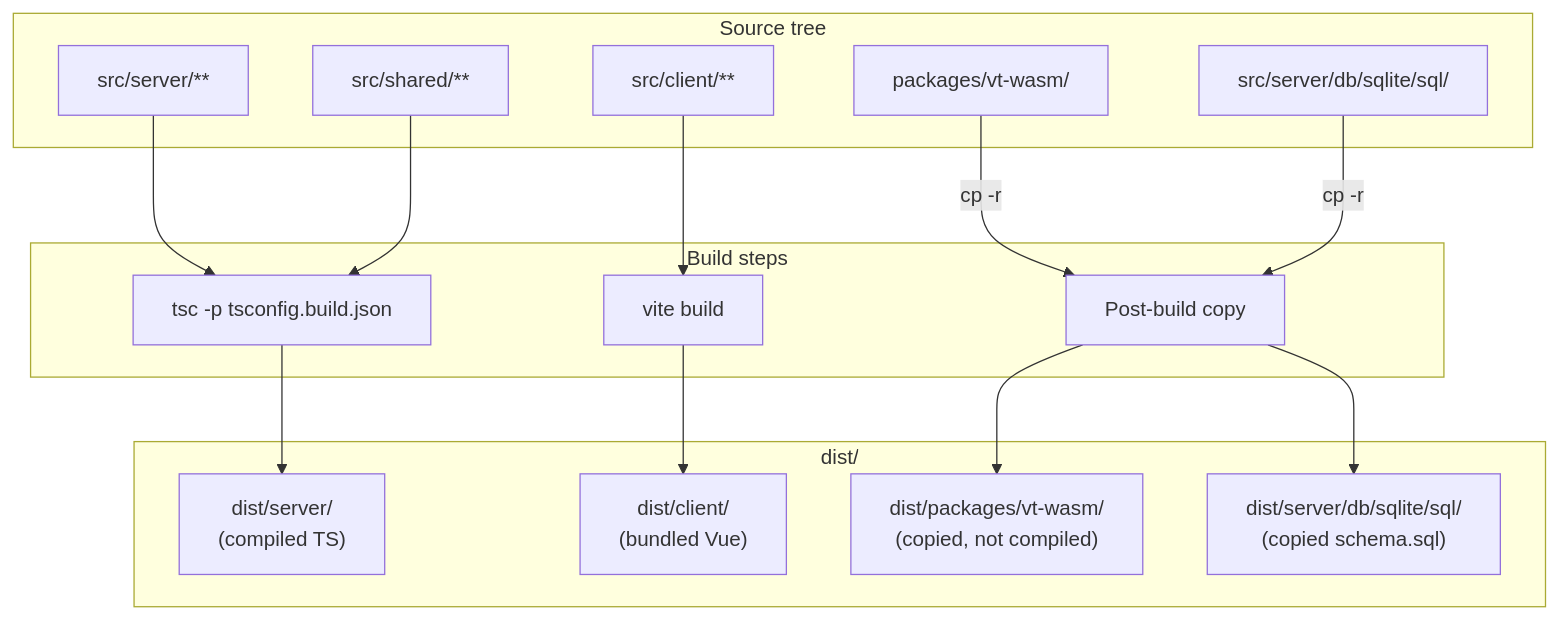
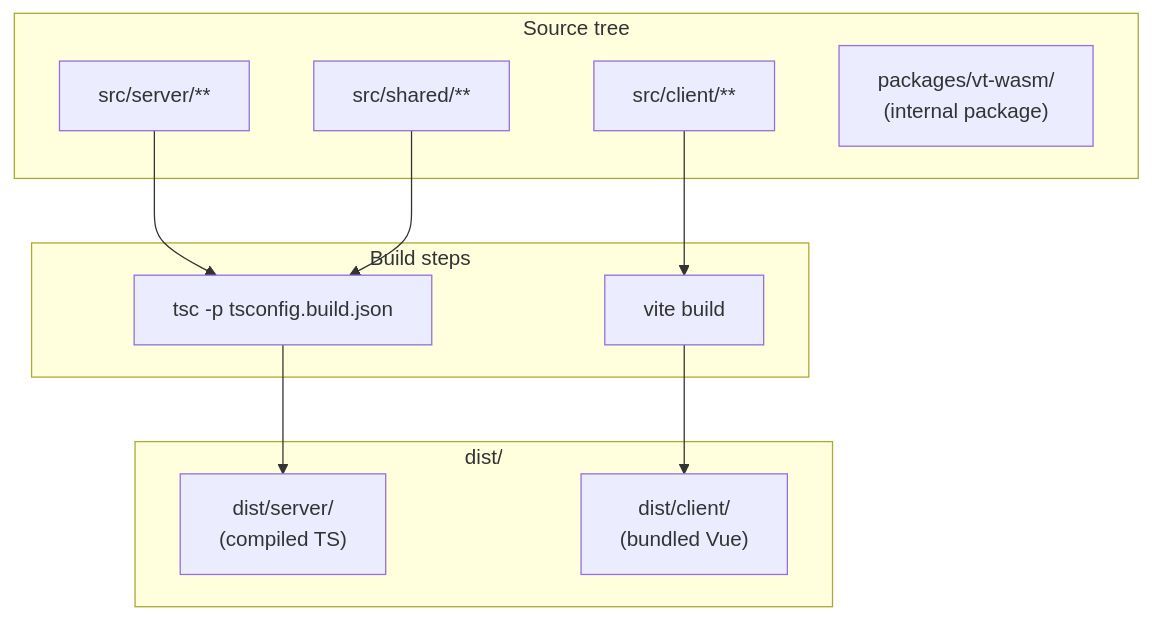
The fifth of 6 diagrams in .state/harden-foundation-a1a2/ADR.md (thiscantbeserious/erika), drawn with Mermaid before and after one commit. The commit also changed other lines of this file, not shown here.

````diff
--- a/.state/harden-foundation-a1a2/ADR.md
+++ b/.state/harden-foundation-a1a2/ADR.md
@@ -257,31 +300,25 @@
 ```mermaid
 flowchart TB
     subgraph Source["Source tree"]
         SrcServer["src/server/**"]
         SrcShared["src/shared/**"]
         SrcClient["src/client/**"]
-        Packages["packages/vt-wasm/"]
-        SQL["src/server/db/sqlite/sql/"]
+        VtWasm["packages/vt-wasm/<br/>(internal package)"]
     end
 
     subgraph Build["Build steps"]
         TSC["tsc -p tsconfig.build.json"]
         Vite["vite build"]
-        Copy["Post-build copy"]
     end
 
     subgraph Dist["dist/"]
         DistServer["dist/server/<br/>(compiled TS)"]
         DistClient["dist/client/<br/>(bundled Vue)"]
-        DistWasm["dist/packages/vt-wasm/<br/>(copied, not compiled)"]
-        DistSQL["dist/server/db/sqlite/sql/<br/>(copied schema.sql)"]
     end
 
     SrcServer --> TSC
     SrcShared --> TSC
     SrcClient --> Vite
     TSC --> DistServer
     Vite --> DistClient
-    Packages -->|"cp -r"| Copy --> DistWasm
-    SQL -->|"cp -r"| Copy --> DistSQL
 ```
````
